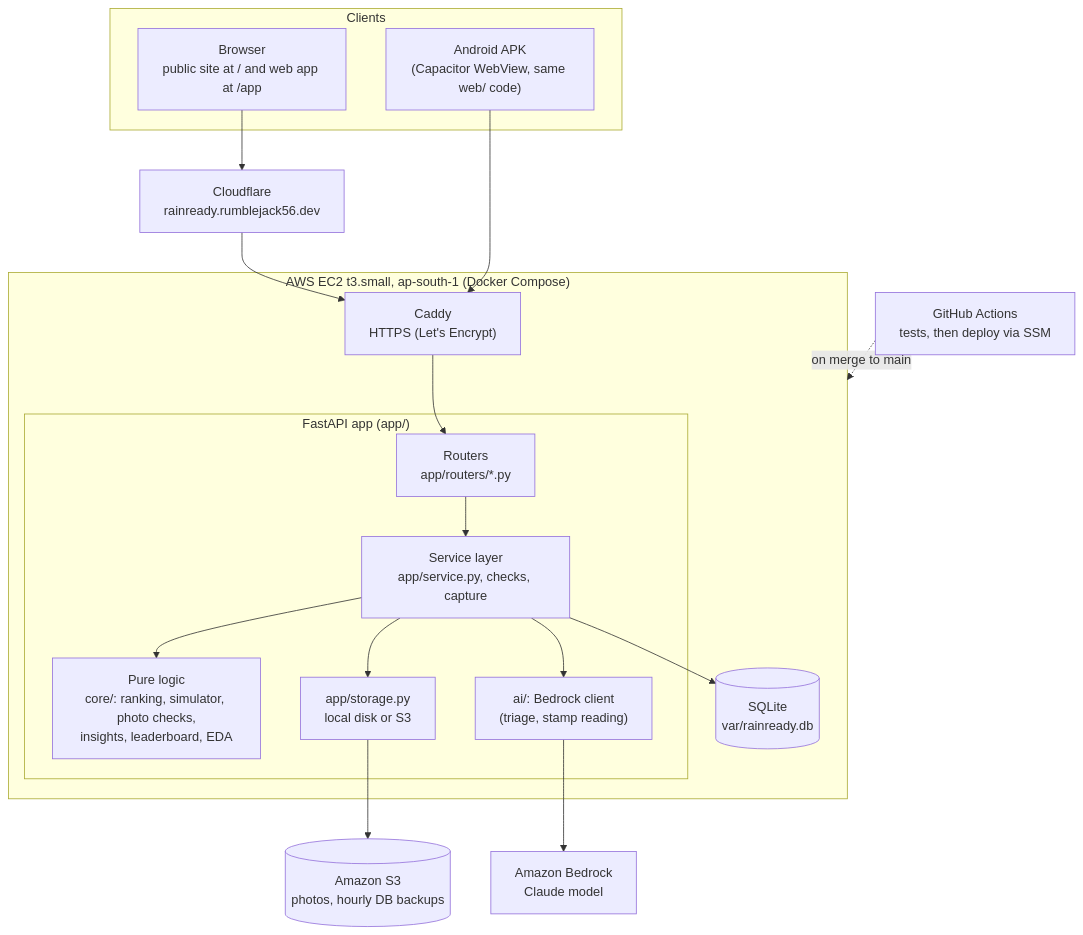
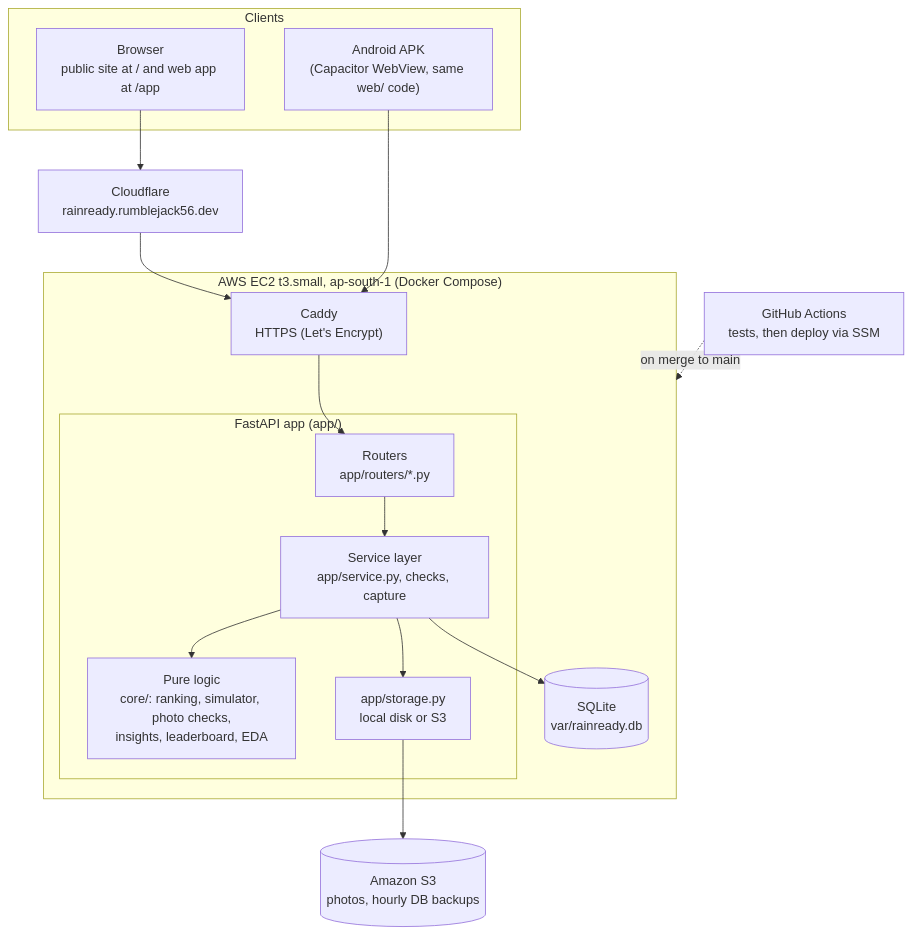
Before and after one commit to RumbleJack56/bharatbuilds: the second of 3 diagrams in rain-ready/README.md, drawn with Mermaid. The commit also changed other lines of this file, not shown here.

````diff
--- a/rain-ready/README.md
+++ b/rain-ready/README.md
@@ -137,33 +122,30 @@
 ```mermaid
 flowchart TB
     subgraph Clients
         B["Browser<br/>public site at / and web app at /app"]
         P["Android APK<br/>(Capacitor WebView, same web/ code)"]
     end
 
     CF["Cloudflare<br/>rainready.rumblejack56.dev"]
 
     subgraph EC2["AWS EC2 t3.small, ap-south-1 (Docker Compose)"]
         CA["Caddy<br/>HTTPS (Let's Encrypt)"]
         subgraph API["FastAPI app (app/)"]
             RT["Routers<br/>app/routers/*.py"]
             SV["Service layer<br/>app/service.py, checks, capture"]
             CO["Pure logic<br/>core/: ranking, simulator, photo checks,<br/>insights, leaderboard, EDA"]
-            AI["ai/: Bedrock client<br/>(triage, stamp reading)"]
             ST["app/storage.py<br/>local disk or S3"]
         end
         DB[("SQLite<br/>var/rainready.db")]
     end
 
     S3[("Amazon S3<br/>photos, hourly DB backups")]
-    BR["Amazon Bedrock<br/>Claude model"]
     GH["GitHub Actions<br/>tests, then deploy via SSM"]
 
     B --> CF --> CA
     P --> CA
     CA --> RT --> SV --> CO
     SV --> DB
     SV --> ST --> S3
-    SV --> AI --> BR
     GH -. "on merge to main" .-> EC2
 ```
````
